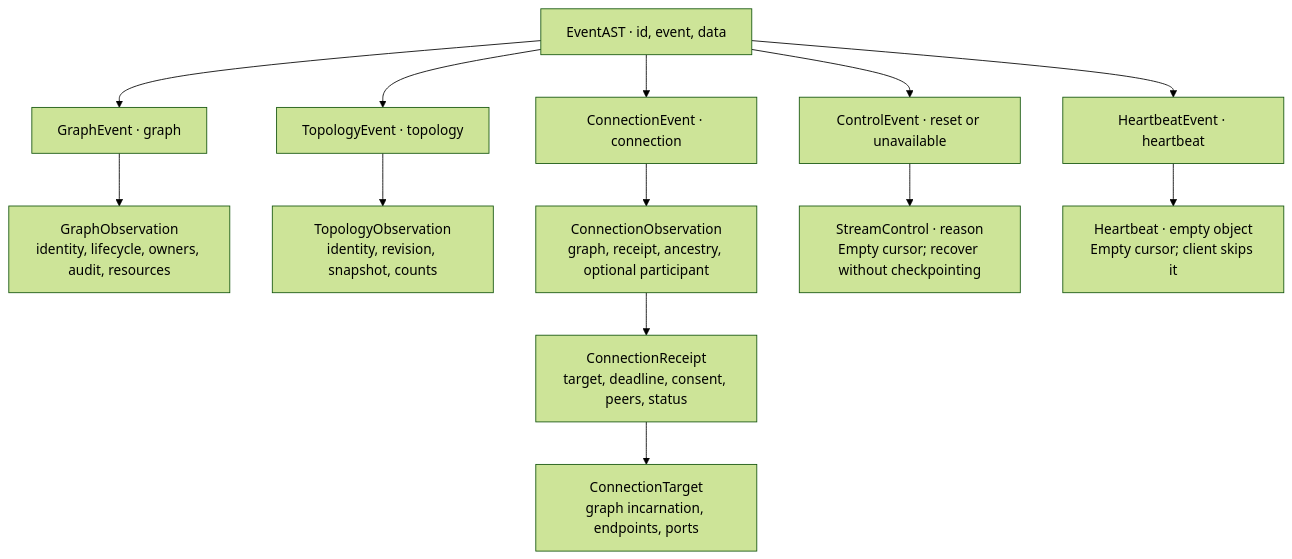
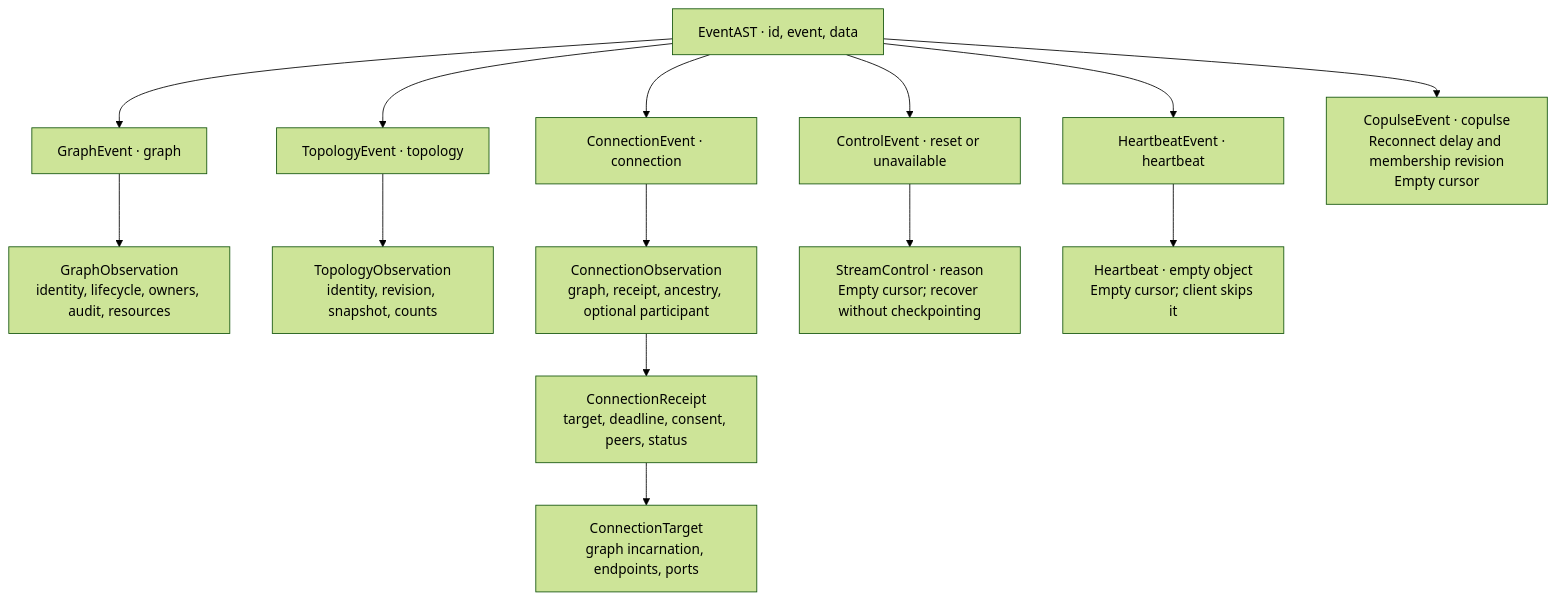
One commit to astrivant/polyad changed the diagram in docs/apis/event-contract.md. Above: the diagram before and after it, drawn with Mermaid (forest theme). The commit also changed other lines of this file and 65 other files, not shown here.

````diff
--- a/docs/apis/event-contract.md
+++ b/docs/apis/event-contract.md
@@ -54,16 +54,17 @@
 ```mermaid
 flowchart TD
     envelope["EventAST · id, event, data"]
     envelope --> graphEvent["GraphEvent · graph"]
     envelope --> topologyEvent["TopologyEvent · topology"]
     envelope --> connectionEvent["ConnectionEvent · connection"]
     envelope --> controlEvent["ControlEvent · reset or unavailable"]
     envelope --> heartbeatEvent["HeartbeatEvent · heartbeat"]
+    envelope --> copulseEvent["CopulseEvent · copulse<br/>Reconnect delay and membership revision<br/>Empty cursor"]
     graphEvent --> graphData["GraphObservation<br/>identity, lifecycle, owners, audit, resources"]
     topologyEvent --> topologyData["TopologyObservation<br/>identity, revision, snapshot, counts"]
     connectionEvent --> connectionData["ConnectionObservation<br/>graph, receipt, ancestry, optional participant"]
     connectionData --> receipt["ConnectionReceipt<br/>target, deadline, consent, peers, status"]
     receipt --> target["ConnectionTarget<br/>graph incarnation, endpoints, ports"]
     controlEvent --> reason["StreamControl · reason<br/>Empty cursor; recover without checkpointing"]
     heartbeatEvent --> empty["Heartbeat · empty object<br/>Empty cursor; client skips it"]
 ```
````
